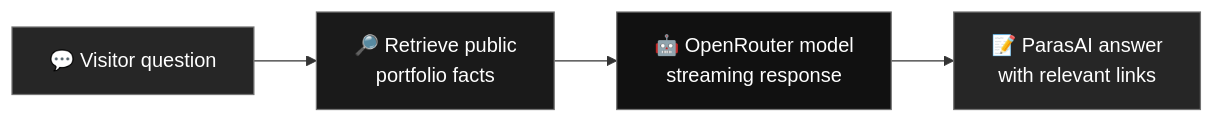
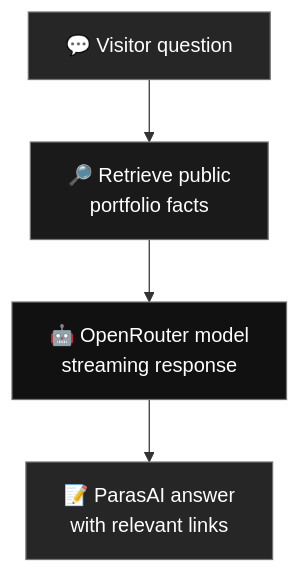
The second of 2 diagrams in README.md (paraskosambe-web/paras-kosambe-portfolio-website), drawn with Mermaid before and after one commit. The commit also changed other lines of this file, not shown here.

````diff
--- a/README.md
+++ b/README.md
@@ -160,10 +140,10 @@
 ```mermaid
-flowchart LR
+flowchart TB
     Q["💬 Visitor question"] --> R["🔎 Retrieve public<br/>portfolio facts"]
     R --> M["🤖 OpenRouter model<br/>streaming response"]
     M --> A["📝 ParasAI answer<br/>with relevant links"]
     style Q fill:#262626,stroke:#737373,color:#fff
     style R fill:#1a1a1a,stroke:#737373,color:#fff
     style M fill:#111111,stroke:#737373,color:#fff
     style A fill:#262626,stroke:#737373,color:#fff
 ```
````
